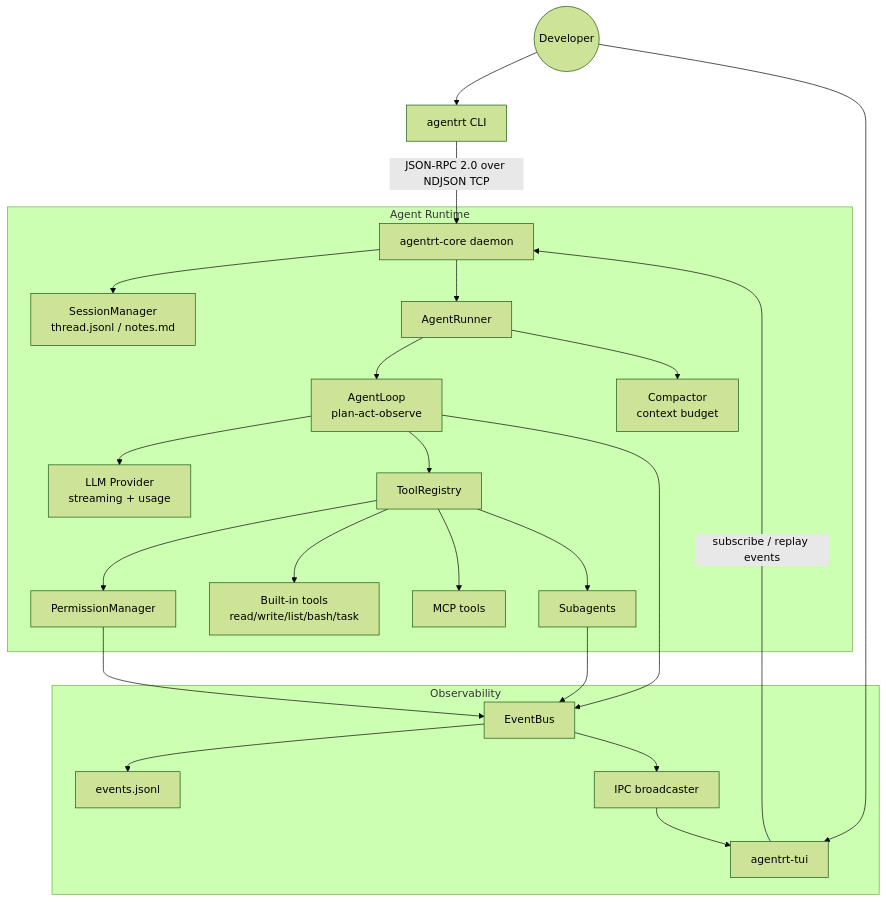
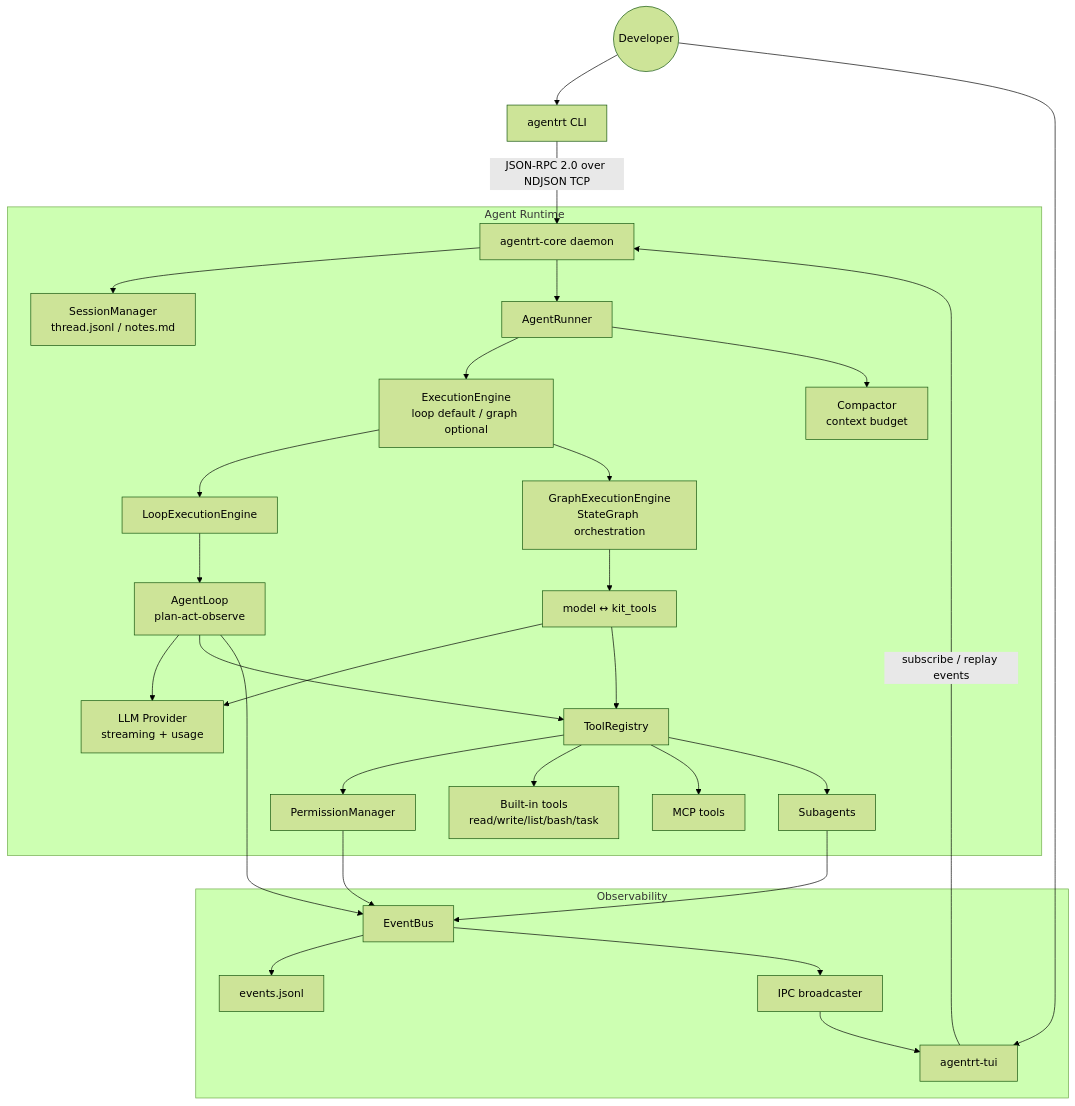
The diagram in README.en.md (zed123214/agent-runtime-kit), drawn with Mermaid (forest theme) before and after one commit. The commit also changed other lines of this file and 71 other files, not shown here.

Commit message:
feat: add LangGraph execution engine

````diff
--- a/README.en.md
+++ b/README.en.md
@@ -38,30 +38,36 @@
 ```mermaid
 graph TD
     User((Developer)) --> CLI["agentrt CLI"]
     User --> TUI["agentrt-tui"]
 
     CLI -->|JSON-RPC 2.0 over NDJSON TCP| Core["agentrt-core daemon"]
     TUI -->|subscribe / replay events| Core
 
     subgraph Runtime["Agent Runtime"]
         Core --> Session["SessionManager\nthread.jsonl / notes.md"]
         Core --> Runner["AgentRunner"]
-        Runner --> Loop["AgentLoop\nplan-act-observe"]
+        Runner --> Engine["ExecutionEngine\nloop default / graph optional"]
+        Engine --> LoopEngine["LoopExecutionEngine"]
+        Engine --> GraphEngine["GraphExecutionEngine\nStateGraph orchestration"]
+        LoopEngine --> Loop["AgentLoop\nplan-act-observe"]
+        GraphEngine --> Graph["model ↔ kit_tools"]
         Loop --> LLM["LLM Provider\nstreaming + usage"]
         Loop --> Registry["ToolRegistry"]
+        Graph --> LLM
+        Graph --> Registry
         Registry --> Permission["PermissionManager"]
         Registry --> Builtins["Built-in tools\nread/write/list/bash/task"]
         Registry --> MCP["MCP tools"]
         Registry --> SubAgent["Subagents"]
         Runner --> Compact["Compactor\ncontext budget"]
     end
 
     subgraph Observability["Observability"]
         Loop --> EventBus["EventBus"]
         Permission --> EventBus
         SubAgent --> EventBus
         EventBus --> Writer["events.jsonl"]
         EventBus --> Broadcast["IPC broadcaster"]
         Broadcast --> TUI
     end
 ```
````
